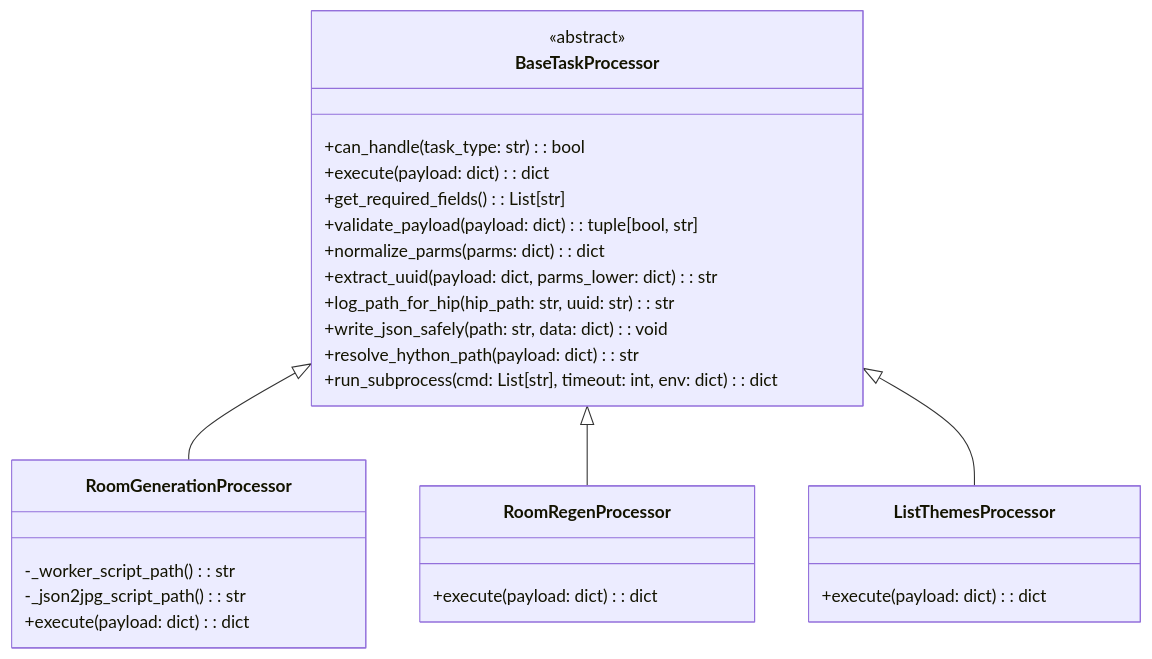
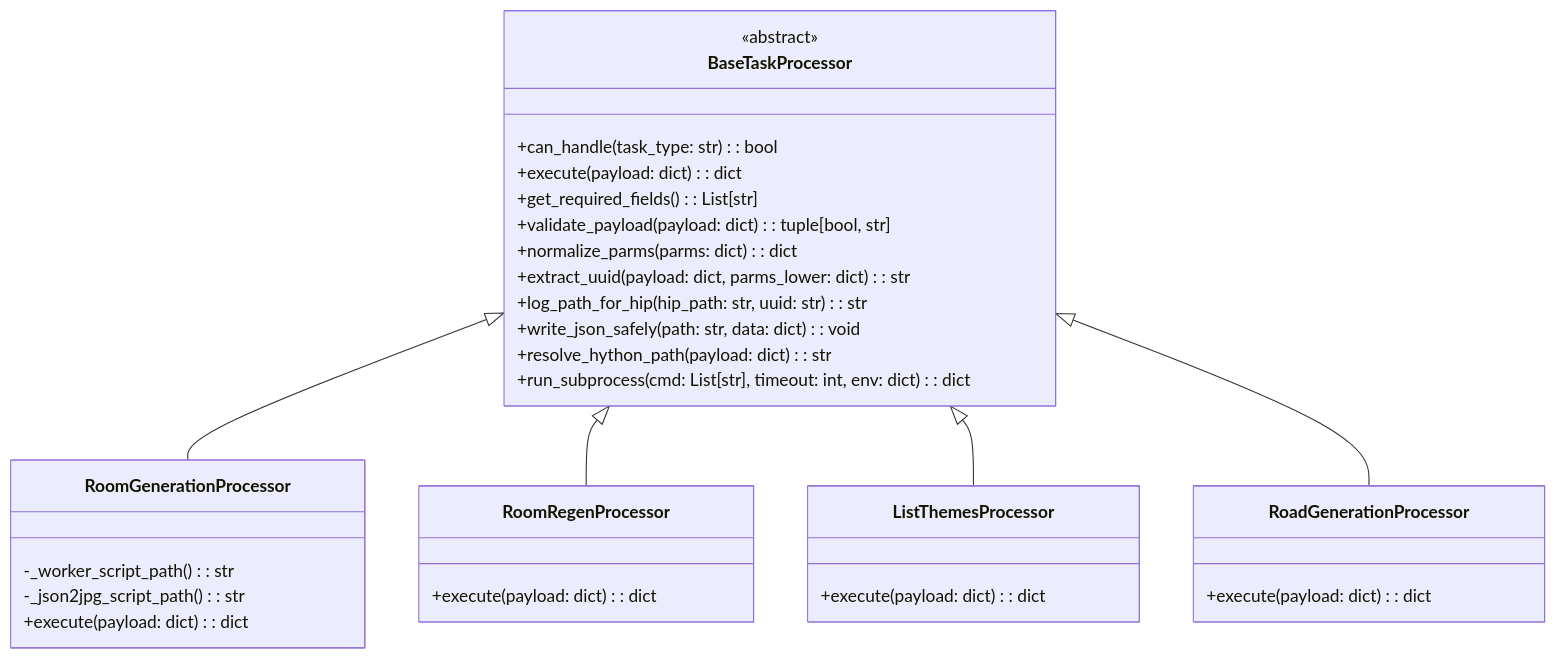
The ninth of 10 diagrams in Houdini后端服务架构笔记.md (NTOM/piskel2Houdini), drawn with Mermaid before and after one commit. The commit also changed other lines of this file and 1 other file, not shown here.

````diff
--- a/Houdini后端服务架构笔记.md
+++ b/Houdini后端服务架构笔记.md
@@ -542,34 +576,38 @@
 ```mermaid
 classDiagram
     class BaseTaskProcessor {
         <<abstract>>
         +can_handle(task_type: str): bool
         +execute(payload: dict): dict
         +get_required_fields(): List[str]
         +validate_payload(payload: dict): tuple[bool, str]
         +normalize_parms(parms: dict): dict
         +extract_uuid(payload: dict, parms_lower: dict): str
         +log_path_for_hip(hip_path: str, uuid: str): str
         +write_json_safely(path: str, data: dict): void
         +resolve_hython_path(payload: dict): str
         +run_subprocess(cmd: List[str], timeout: int, env: dict): dict
     }
     
     class RoomGenerationProcessor {
         -_worker_script_path(): str
         -_json2jpg_script_path(): str
         +execute(payload: dict): dict
     }
     
     class RoomRegenProcessor {
         +execute(payload: dict): dict
     }
     
     class ListThemesProcessor {
         +execute(payload: dict): dict
     }
+    class RoadGenerationProcessor {
+        +execute(payload: dict): dict
+    }
     
     BaseTaskProcessor <|-- RoomGenerationProcessor
     BaseTaskProcessor <|-- RoomRegenProcessor
     BaseTaskProcessor <|-- ListThemesProcessor
+    BaseTaskProcessor <|-- RoadGenerationProcessor
 ```
````
